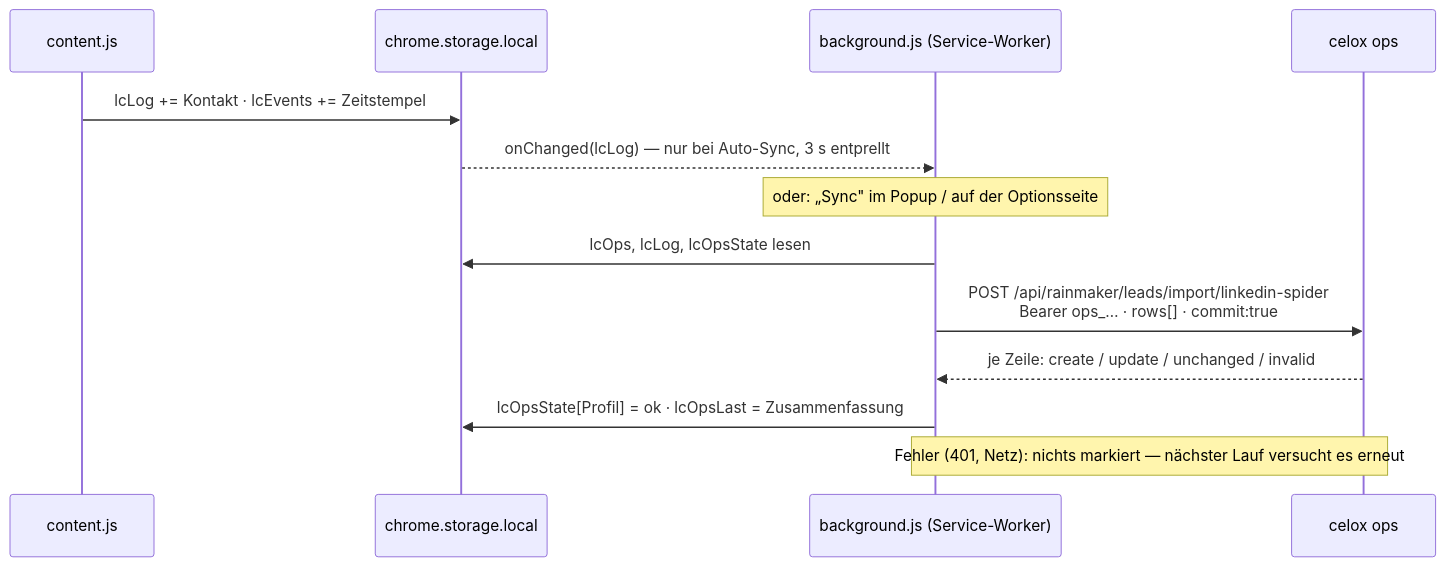
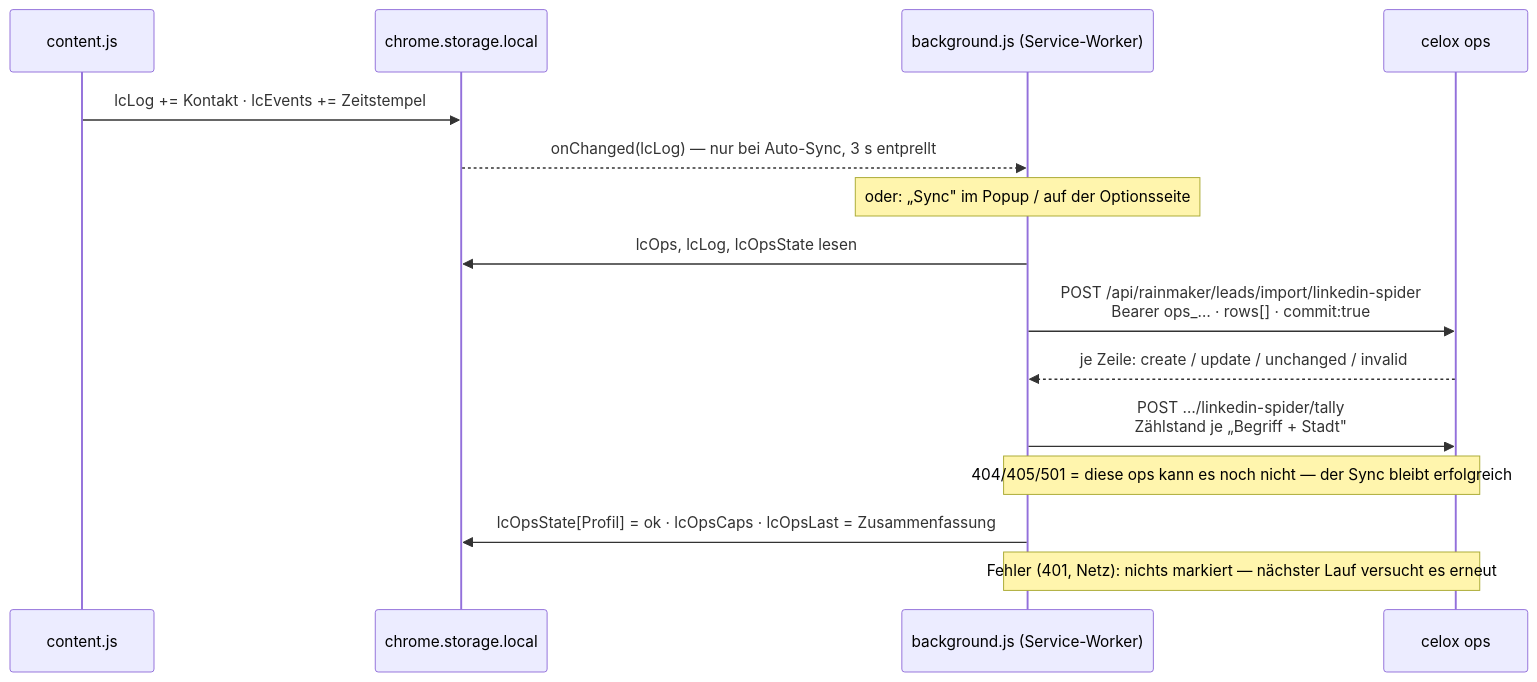
One commit to pepperonas/linkedin-spider changed the second of 2 diagrams in README.md. Above: the diagram before and after it, drawn with Mermaid. The commit also changed other lines of this file and 13 other files, not shown here.

````diff
--- a/README.md
+++ b/README.md
@@ -298,15 +298,17 @@
 ```mermaid
 sequenceDiagram
     participant CS as content.js
     participant ST as chrome.storage.local
     participant BG as background.js (Service-Worker)
     participant OPS as celox ops
     CS->>ST: lcLog += Kontakt · lcEvents += Zeitstempel
     ST-->>BG: onChanged(lcLog) — nur bei Auto-Sync, 3 s entprellt
     Note over BG: oder: „Sync" im Popup / auf der Optionsseite
     BG->>ST: lcOps, lcLog, lcOpsState lesen
     BG->>OPS: POST /api/rainmaker/leads/import/linkedin-spider<br/>Bearer ops_… · rows[] · commit:true
     OPS-->>BG: je Zeile: create / update / unchanged / invalid
-    BG->>ST: lcOpsState[Profil] = ok · lcOpsLast = Zusammenfassung
+    BG->>OPS: POST …/linkedin-spider/tally<br/>Zählstand je „Begriff + Stadt"
+    Note over BG,OPS: 404/405/501 = diese ops kann es noch nicht — der Sync bleibt erfolgreich
+    BG->>ST: lcOpsState[Profil] = ok · lcOpsCaps · lcOpsLast = Zusammenfassung
     Note over BG,OPS: Fehler (401, Netz): nichts markiert — nächster Lauf versucht es erneut
 ```
````
